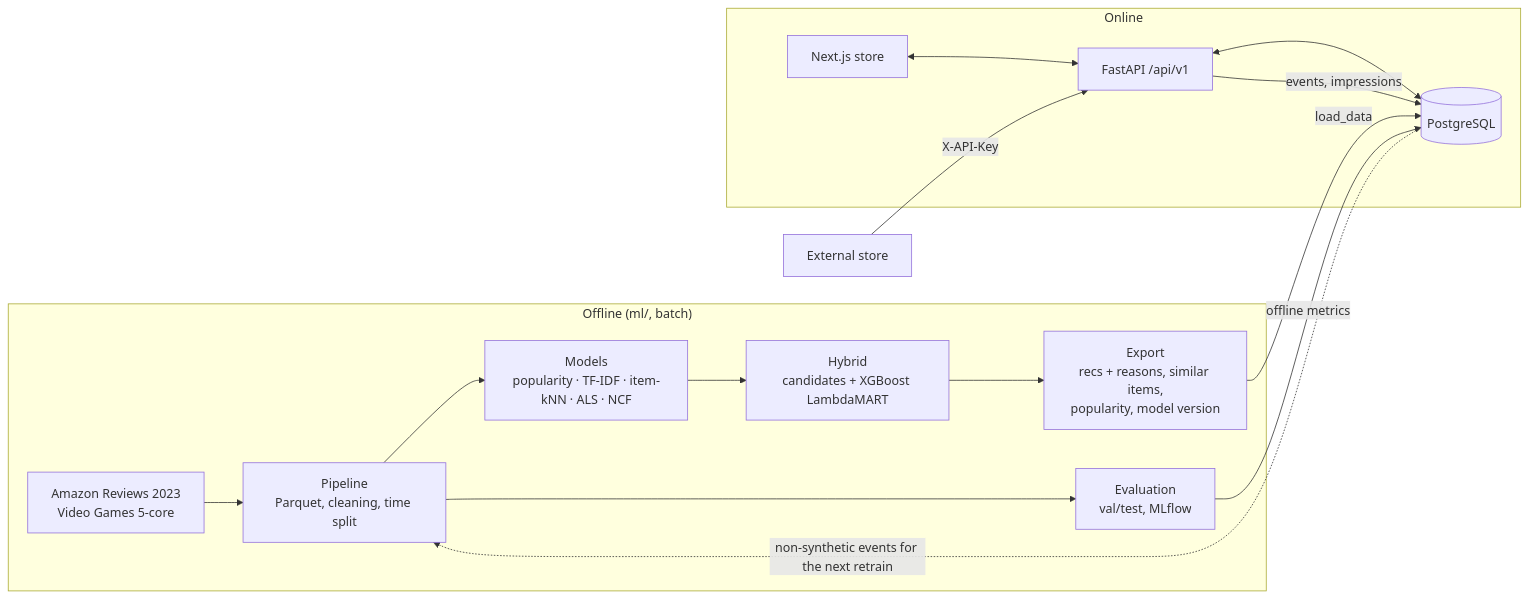
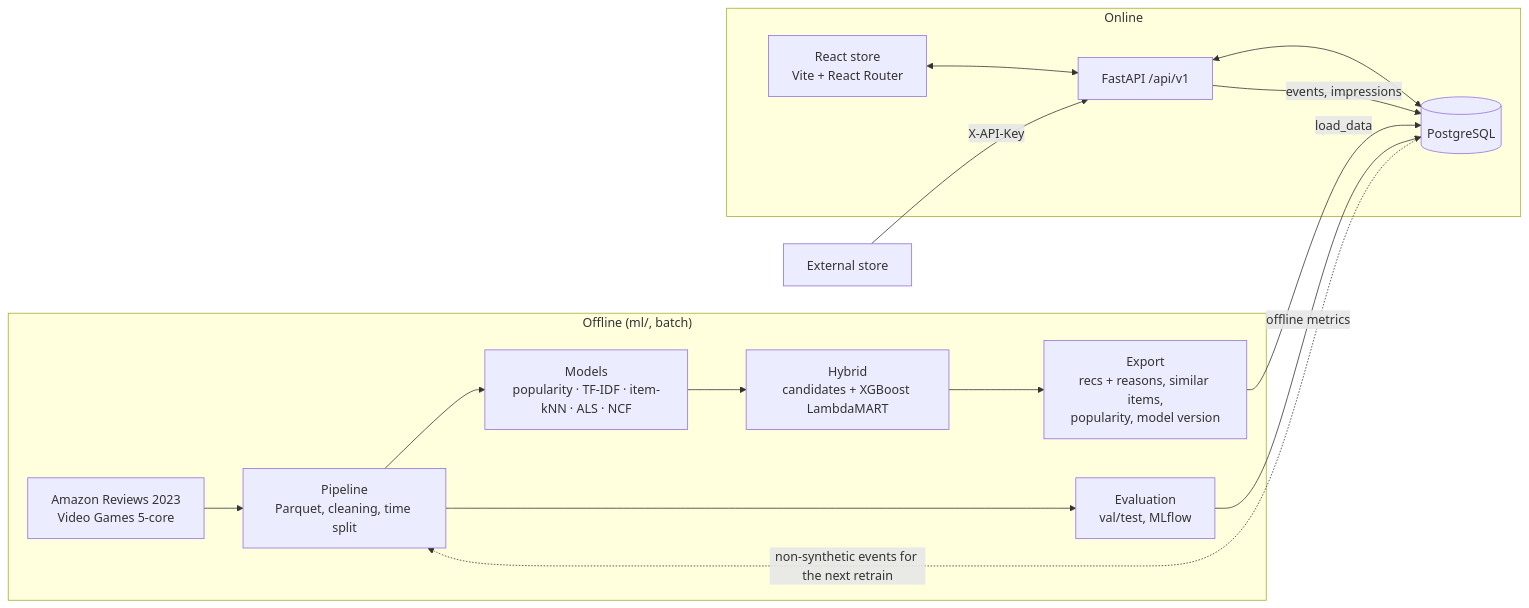
Before and after one commit to shahabhilash/cartsense: the diagram in docs/architecture.md, drawn with Mermaid. The commit also changed 32 other files, not shown here.

First line of the commit message:
refactor(web): migrate storefront from Next.js to React with Vite

````diff
--- a/docs/architecture.md
+++ b/docs/architecture.md
@@ -3,22 +3,22 @@
 ```mermaid
 flowchart LR
     subgraph Offline["Offline (ml/, batch)"]
         A[Amazon Reviews 2023<br/>Video Games 5-core] --> B[Pipeline<br/>Parquet, cleaning, time split]
         B --> C[Models<br/>popularity · TF-IDF · item-kNN · ALS · NCF]
         C --> D[Hybrid<br/>candidates + XGBoost LambdaMART]
         D --> E[Export<br/>recs + reasons, similar items,<br/>popularity, model version]
         B --> F[Evaluation<br/>val/test, MLflow]
     end
     subgraph Online["Online"]
         G[(PostgreSQL)]
         H[FastAPI /api/v1]
-        I[Next.js store]
+        I[React store<br/>Vite + React Router]
     end
     E -- load_data --> G
     F -- offline metrics --> G
     H <--> G
     I <--> H
     J[External store] -- X-API-Key --> H
     H -- events, impressions --> G
     G -. non-synthetic events for the next retrain .-> B
 ```
````
